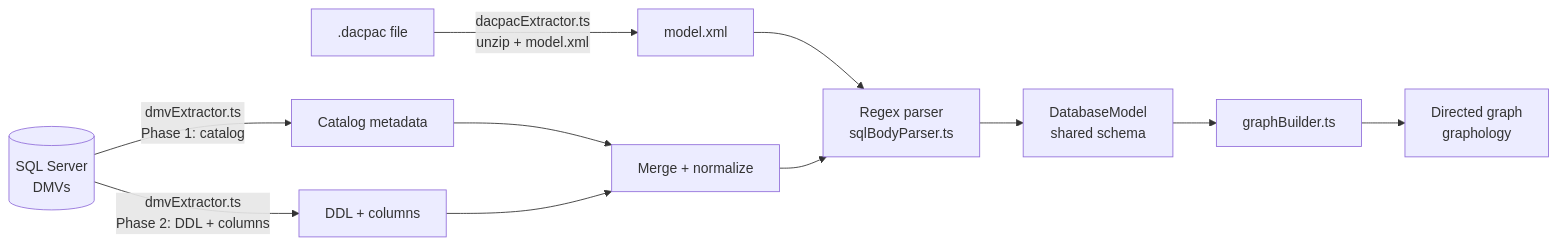
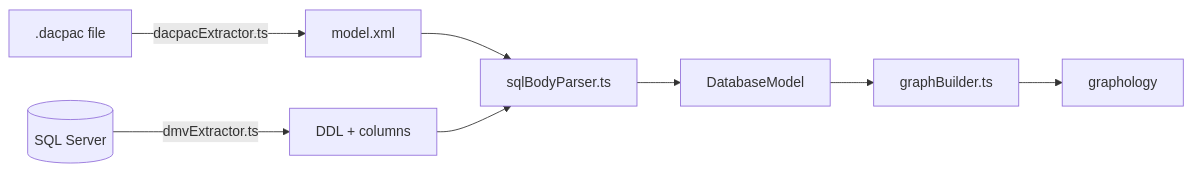
Before and after one commit to ChrisDevRepo/vscode_data_lineage: the first of 2 diagrams in docs/DEVELOPER_GUIDE.md, drawn with Mermaid. The commit also changed other lines of this file and 14 other files, not shown here.

````diff
--- a/docs/DEVELOPER_GUIDE.md
+++ b/docs/DEVELOPER_GUIDE.md
@@ -36,13 +20,10 @@
 ```mermaid
 flowchart LR
-    DP[.dacpac file] -->|dacpacExtractor.ts<br/>unzip + model.xml| MX[model.xml]
-    MX --> PARSE[Regex parser<br/>sqlBodyParser.ts]
-    SRV[(SQL Server<br/>DMVs)] -->|dmvExtractor.ts<br/>Phase 1: catalog| CAT[Catalog metadata]
-    SRV -->|dmvExtractor.ts<br/>Phase 2: DDL + columns| DDL[DDL + columns]
-    CAT --> MERGE[Merge + normalize]
-    DDL --> MERGE
-    MERGE --> PARSE
-    PARSE --> DM[DatabaseModel<br/>shared schema]
+    DP[.dacpac file] -->|dacpacExtractor.ts| MX[model.xml]
+    SRV[(SQL Server)] -->|dmvExtractor.ts| DDL[DDL + columns]
+    MX --> PARSE[sqlBodyParser.ts]
+    DDL --> PARSE
+    PARSE --> DM[DatabaseModel]
     DM --> GB[graphBuilder.ts]
-    GB --> G[Directed graph<br/>graphology]
+    GB --> G[graphology]
 ```
````
